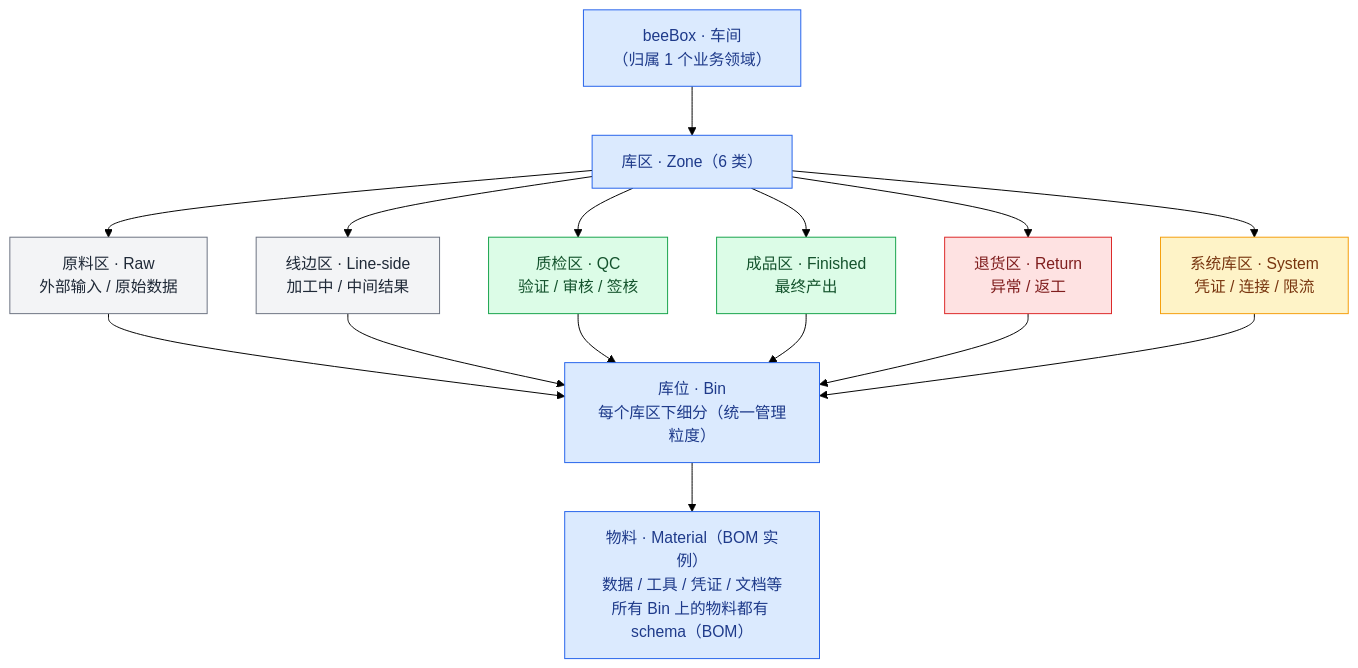
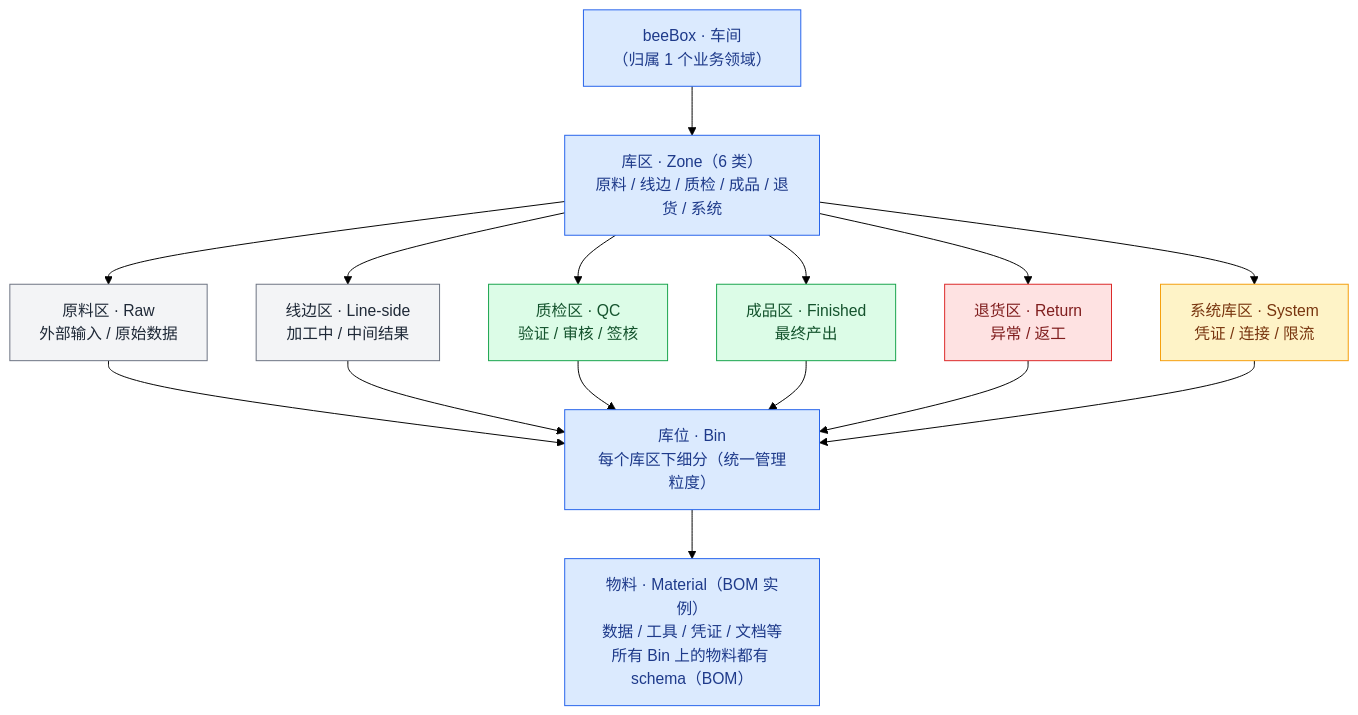
The third of 4 diagrams in docs/architecture/kernel-design.md (chehuizi/beeOS), drawn with Mermaid (forest theme) before and after one commit.

Commit message:
docs: §4 树形图库区汇总节点补系统库区——'5 库区'→'6 库区'
之前汇总节点'5 库区（原料/线边/质检/成品/退货）'漏了系统库区，
但下面分支出 6 个库区（含系统）——不 match。

修订：库区汇总节点'6 库区：原料 / 线边 / 质检 / 成品 / 退货 / 系统'

````diff
--- a/docs/architecture/kernel-design.md
+++ b/docs/architecture/kernel-design.md
@@ -170,34 +170,34 @@
 ```mermaid
 graph TB
     beeBox["beeBox · 车间<br/>（归属 1 个业务领域）"]
-    zones["库区 · Zone（6 类）"]
+    zones["库区 · Zone（6 类）<br/>原料 / 线边 / 质检 / 成品 / 退货 / 系统"]
     raw["原料区 · Raw<br/>外部输入 / 原始数据"]
     line["线边区 · Line-side<br/>加工中 / 中间结果"]
     qc["质检区 · QC<br/>验证 / 审核 / 签核"]
     finished["成品区 · Finished<br/>最终产出"]
     return["退货区 · Return<br/>异常 / 返工"]
     system["系统库区 · System<br/>凭证 / 连接 / 限流"]
     bins["库位 · Bin<br/>每个库区下细分（统一管理粒度）"]
     materials["物料 · Material（BOM 实例）<br/>数据 / 工具 / 凭证 / 文档等<br/>所有 Bin 上的物料都有 schema（BOM）"]
 
     beeBox --> zones
     zones --> raw
     zones --> line
     zones --> qc
     zones --> finished
     zones --> return
     zones --> system
     raw & line & qc & finished & return & system --> bins
     bins --> materials
 
     classDef box fill:#dbeafe,stroke:#2563eb,color:#1e3a8a
     classDef ok fill:#dcfce7,stroke:#16a34a,color:#14532d
     classDef bad fill:#fee2e2,stroke:#dc2626,color:#7f1d1d
     classDef neutral fill:#f3f4f6,stroke:#6b7280,color:#1f2937
     classDef sys fill:#fef3c7,stroke:#f59e0b,color:#78350f
     class beeBox,zones,bins,materials box
     class raw,line neutral
     class qc,finished ok
     class return bad
     class system sys
 ```
````
